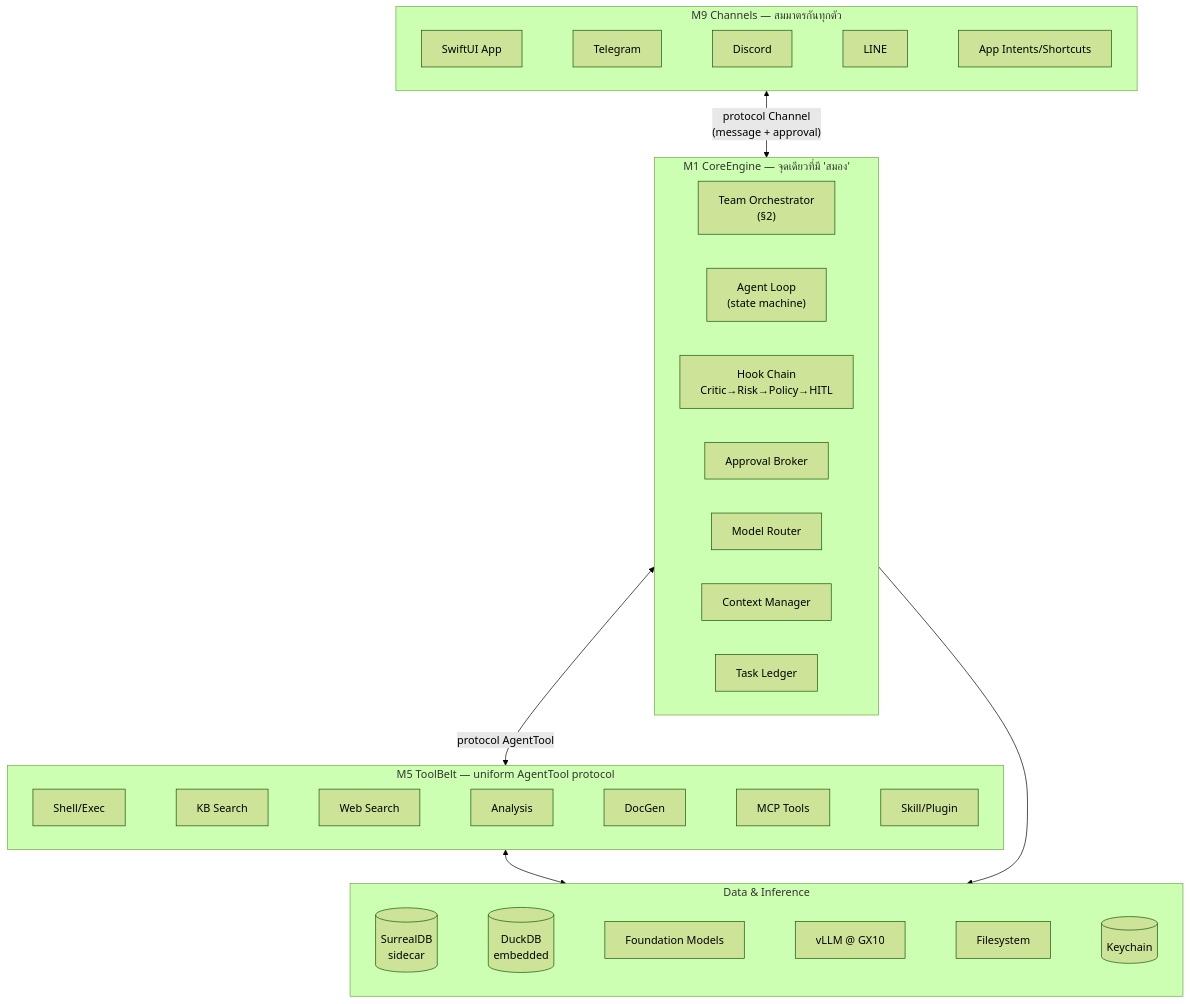
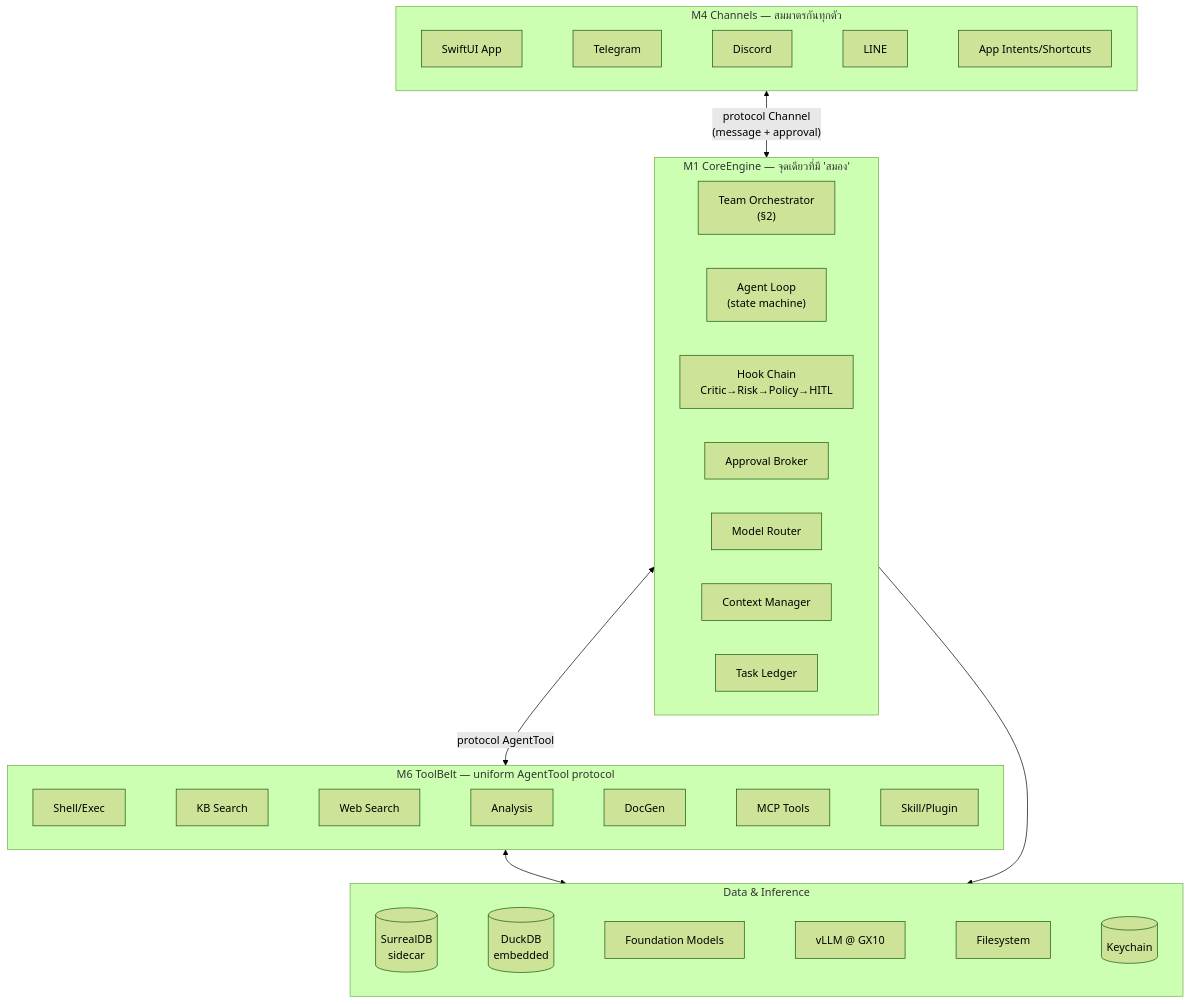
One commit to golftpgit/Co-AI-Workspace changed the second of 9 diagrams in ARCHITECTURE.md. Above: the diagram before and after it, drawn with Mermaid (forest theme). The commit also changed other lines of this file and 1 other file, not shown here.

````diff
--- a/ARCHITECTURE.md
+++ b/ARCHITECTURE.md
@@ -272,29 +277,29 @@
 ```mermaid
 graph TB
-    subgraph Ch["M9 Channels — สมมาตรกันทุกตัว"]
+    subgraph Ch["M4 Channels — สมมาตรกันทุกตัว"]
         GUI["SwiftUI App"] ~~~ TG["Telegram"] ~~~ DC["Discord"] ~~~ LN["LINE"] ~~~ SIRI["App Intents/Shortcuts"]
     end
 
     subgraph Core["M1 CoreEngine — จุดเดียวที่มี 'สมอง'"]
         Team["Team Orchestrator<br/>(§2)"]
         Loop["Agent Loop<br/>(state machine)"]
         Hook["Hook Chain<br/>Critic→Risk→Policy→HITL"]
         Appr["Approval Broker"]
         Route["Model Router"]
         Ctx["Context Manager"]
         Ledger["Task Ledger"]
     end
 
-    subgraph Cap["M5 ToolBelt — uniform AgentTool protocol"]
+    subgraph Cap["M6 ToolBelt — uniform AgentTool protocol"]
         T1["Shell/Exec"] ~~~ T2["KB Search"] ~~~ T3["Web Search"] ~~~ T4["Analysis"] ~~~ T5["DocGen"] ~~~ T6["MCP Tools"] ~~~ T7["Skill/Plugin"]
     end
 
     subgraph Dat["Data & Inference"]
         SU[("SurrealDB<br/>sidecar")] ~~~ DD[("DuckDB<br/>embedded")] ~~~ FM["Foundation Models"] ~~~ GX["vLLM @ GX10"] ~~~ FS["Filesystem"] ~~~ KC[("Keychain")]
     end
 
     Ch <-->|"protocol Channel<br/>(message + approval)"| Core
     Core <-->|"protocol AgentTool"| Cap
     Cap <--> Dat
     Core --> Dat
 ```
````
